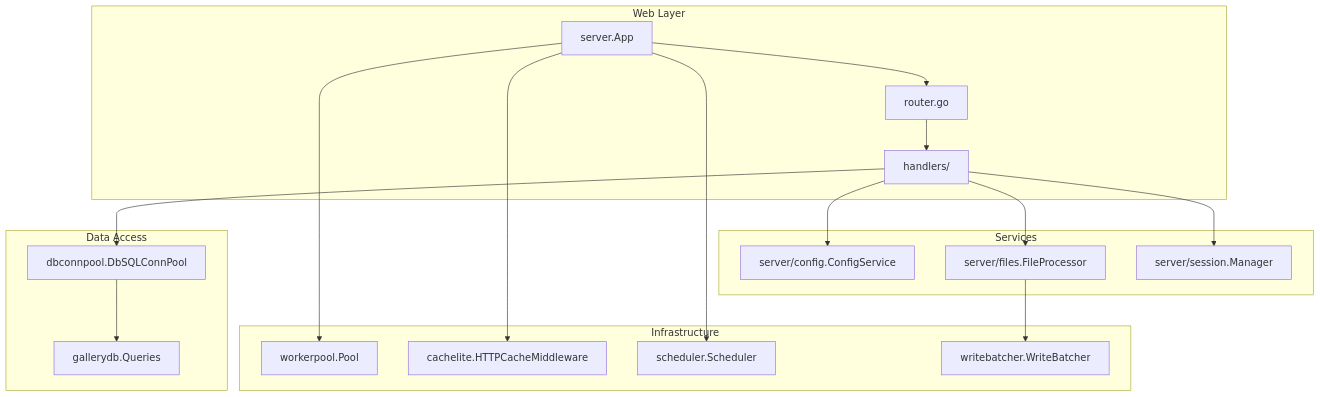
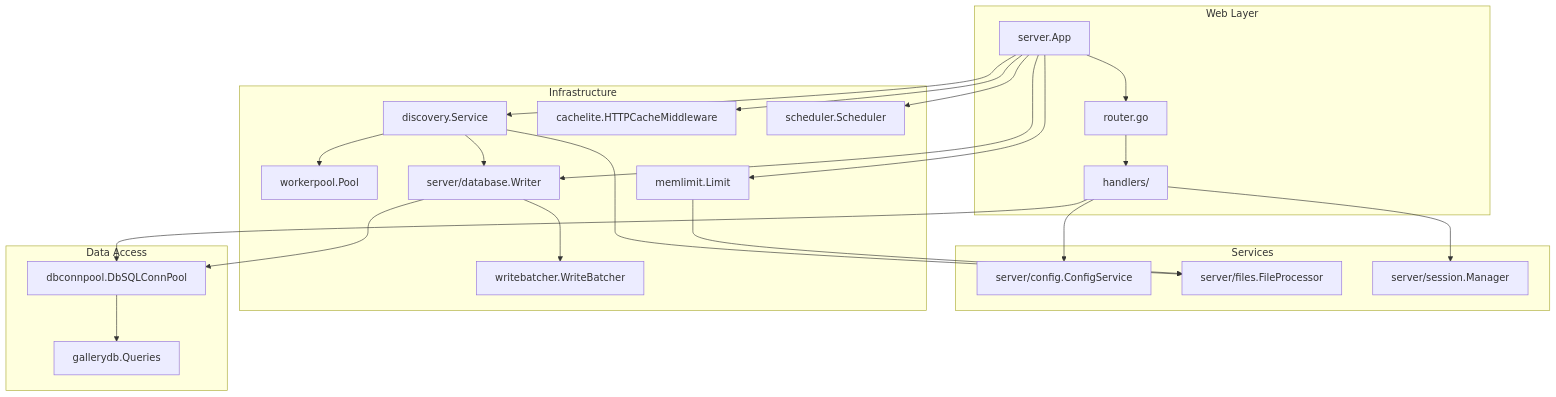
Before and after one commit to lbe/sfpg-go: the third of 20 diagrams in docs/ARCHITECTURE.md, drawn with Mermaid. The commit also changed other lines of this file and 241 other files, not shown here.

````diff
--- a/docs/ARCHITECTURE.md
+++ b/docs/ARCHITECTURE.md
@@ -313,40 +322,49 @@
 ```mermaid
 graph TB
     subgraph "Web Layer"
         Server[server.App]
         Router[router.go]
         Handlers[handlers/]
     end
 
     subgraph "Services"
         ConfigSvc[server/config.ConfigService]
         FileProc[server/files.FileProcessor]
         SessionMgr[server/session.Manager]
     end
 
     subgraph "Infrastructure"
+        Discovery[discovery.Service]
         WorkerPool[workerpool.Pool]
+        MemLimit[memlimit.Limit]
         CacheMW[cachelite.HTTPCacheMiddleware]
         Scheduler[scheduler.Scheduler]
+        Writer[server/database.Writer]
         WriteBatcher[writebatcher.WriteBatcher]
     end
 
     subgraph "Data Access"
         DBConn[dbconnpool.DbSQLConnPool]
         Queries[gallerydb.Queries]
     end
 
     Server --> Router
     Router --> Handlers
     Handlers --> ConfigSvc
-    Handlers --> FileProc
     Handlers --> SessionMgr
 
-    Server --> WorkerPool
+    Server --> Discovery
+    Server --> Writer
     Server --> CacheMW
     Server --> Scheduler
-    FileProc --> WriteBatcher
+    Server --> MemLimit
+    Discovery --> WorkerPool
+    Discovery --> FileProc
+    Discovery --> Writer
+    MemLimit --> FileProc
+    Writer --> WriteBatcher
+    Writer --> DBConn
 
     Handlers --> DBConn
     DBConn --> Queries
 ```
````
